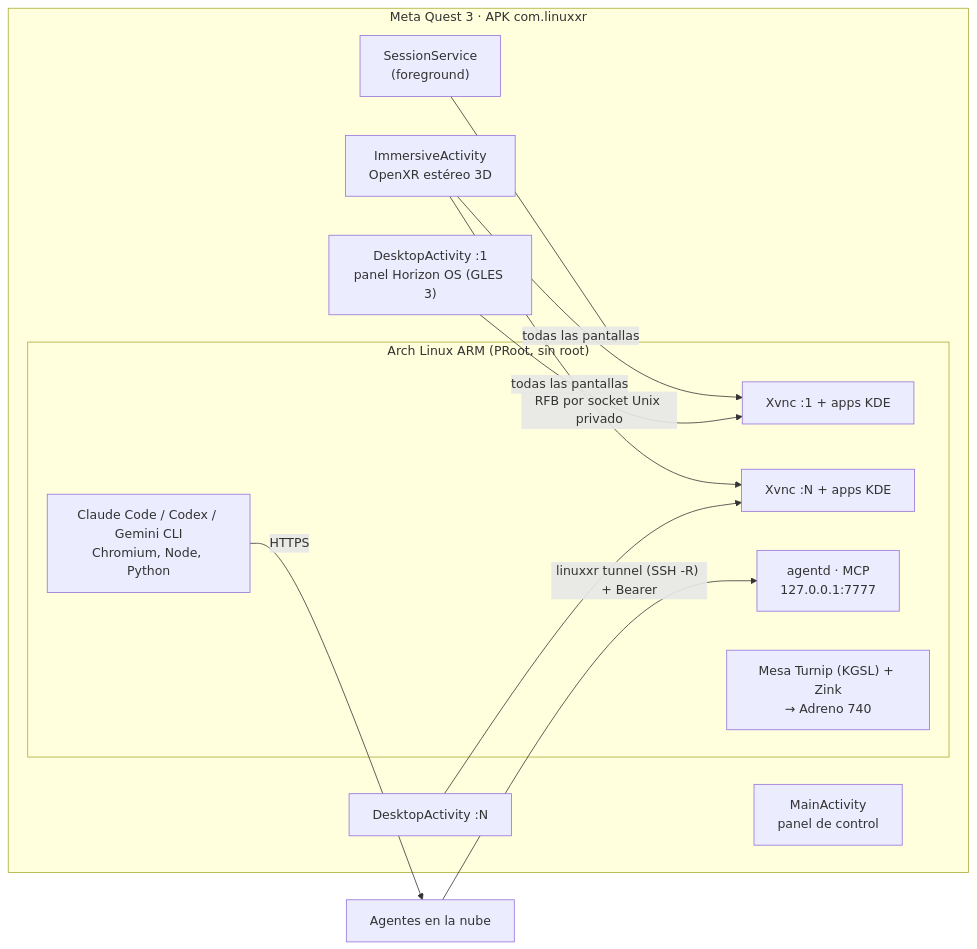
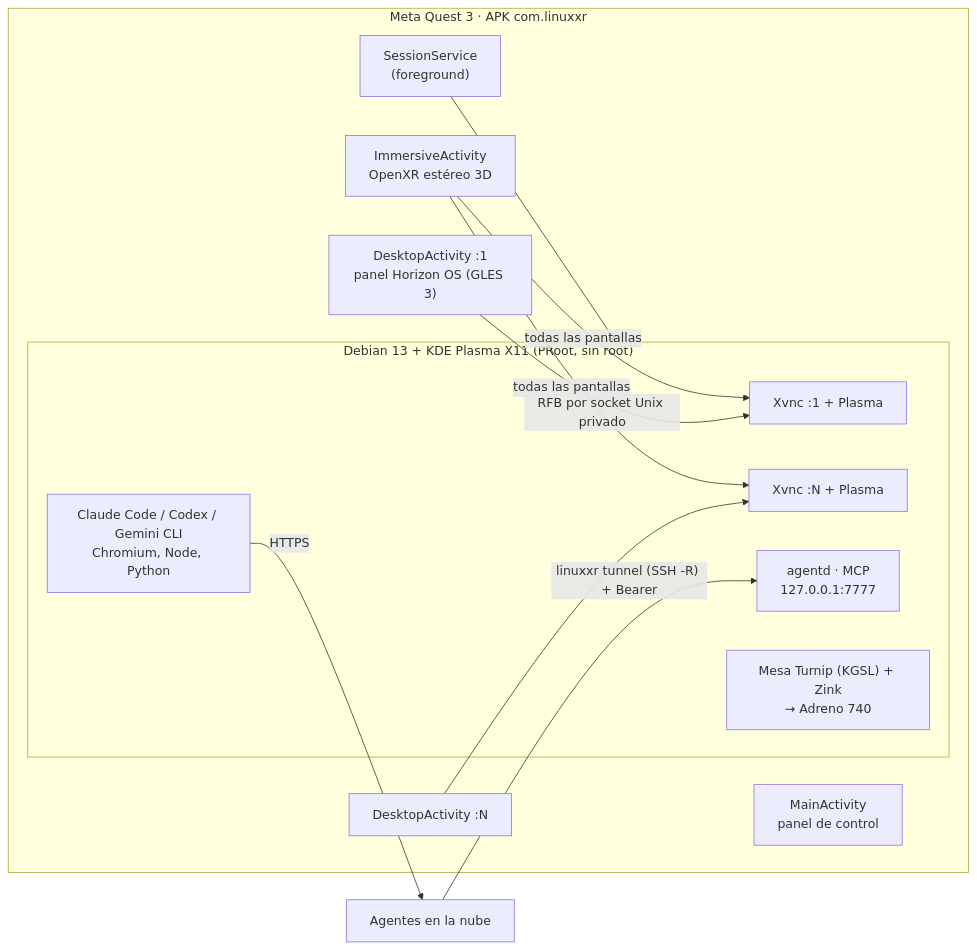
One commit to oz-x/LinuxXR changed the diagram in README.md. Above: the diagram before and after it, drawn with Mermaid. The commit also changed other lines of this file and 8 other files, not shown here.

First line of the commit message:
Switch guest to Debian 13 with full KDE Plasma (X11)

````diff
--- a/README.md
+++ b/README.md
@@ -5,24 +5,24 @@
 ```mermaid
 flowchart LR
   subgraph Quest["Meta Quest 3 · APK com.linuxxr"]
     UI["MainActivity<br/>panel de control"]
     P1["DesktopActivity :1<br/>panel Horizon OS (GLES 3)"]
     P2["DesktopActivity :N"]
     VR["ImmersiveActivity<br/>OpenXR estéreo 3D"]
     SVC["SessionService<br/>(foreground)"]
-    subgraph Guest["Arch Linux ARM (PRoot, sin root)"]
-      X1["Xvnc :1 + apps KDE"]
-      XN["Xvnc :N + apps KDE"]
+    subgraph Guest["Debian 13 + KDE Plasma X11 (PRoot, sin root)"]
+      X1["Xvnc :1 + Plasma"]
+      XN["Xvnc :N + Plasma"]
       AG["agentd · MCP<br/>127.0.0.1:7777"]
       CLI["Claude Code / Codex / Gemini CLI<br/>Chromium, Node, Python"]
       GPU["Mesa Turnip (KGSL) + Zink<br/>→ Adreno 740"]
     end
   end
   Cloud["Agentes en la nube"]
   SVC --> Guest
   P1 -- "RFB por socket Unix privado" --> X1
   P2 --> XN
   VR -- "todas las pantallas" --> X1 & XN
   Cloud -- "linuxxr tunnel (SSH -R) + Bearer" --> AG
   CLI -- HTTPS --> Cloud
 ```
````
